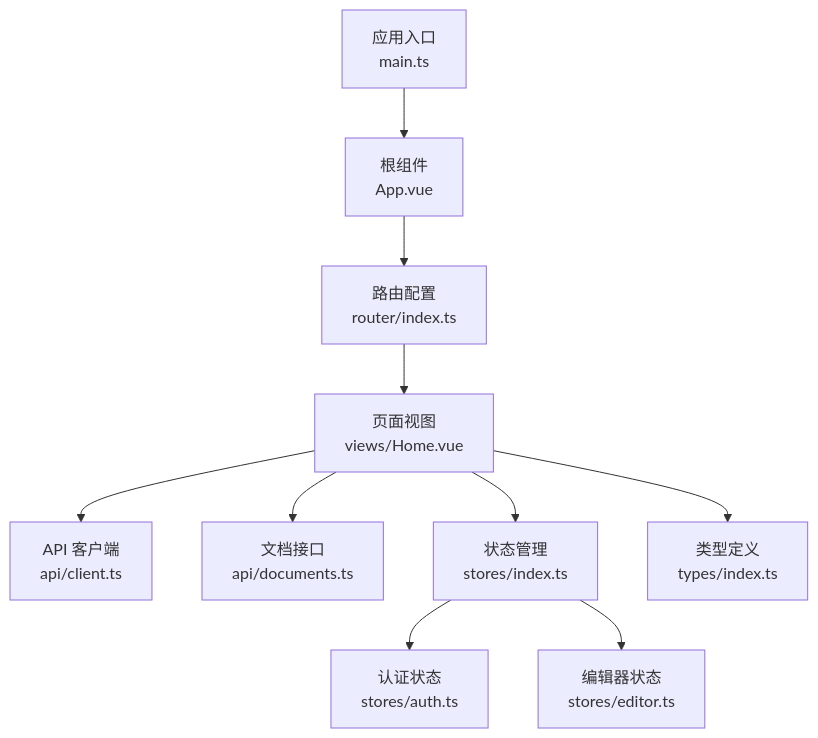
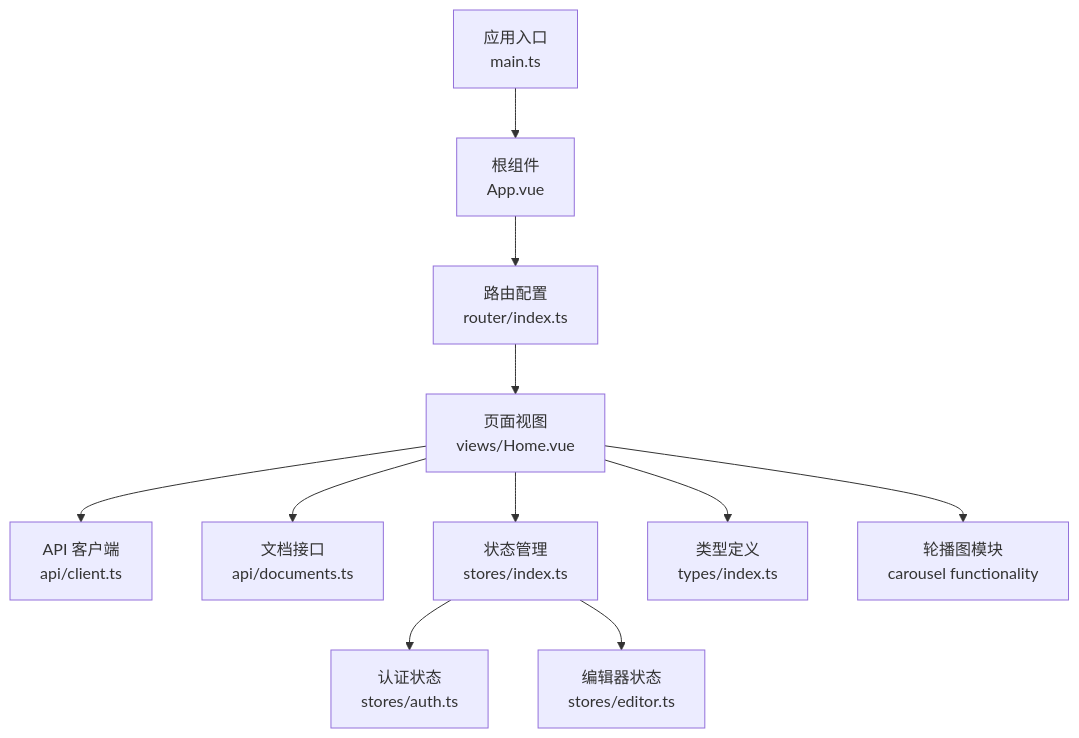
The first of 3 diagrams in .qoder/repowiki/zh/content/组件库/页面组件/首页组件.md (lcy123lcy/markdown-lcy), drawn with Mermaid before and after one commit. The commit also changed other lines of this file and 8 other files, not shown here.

````diff
--- a/.qoder/repowiki/zh/content/组件库/页面组件/首页组件.md
+++ b/.qoder/repowiki/zh/content/组件库/页面组件/首页组件.md
@@ -42,12 +51,13 @@
 ```mermaid
 graph TB
 A["应用入口<br/>main.ts"] --> B["根组件<br/>App.vue"]
 B --> C["路由配置<br/>router/index.ts"]
 C --> D["页面视图<br/>views/Home.vue"]
 D --> E["API 客户端<br/>api/client.ts"]
 D --> F["文档接口<br/>api/documents.ts"]
 D --> G["状态管理<br/>stores/index.ts"]
 G --> H["认证状态<br/>stores/auth.ts"]
 G --> I["编辑器状态<br/>stores/editor.ts"]
 D --> J["类型定义<br/>types/index.ts"]
+D --> K["轮播图模块<br/>carousel functionality"]
 ```
````
